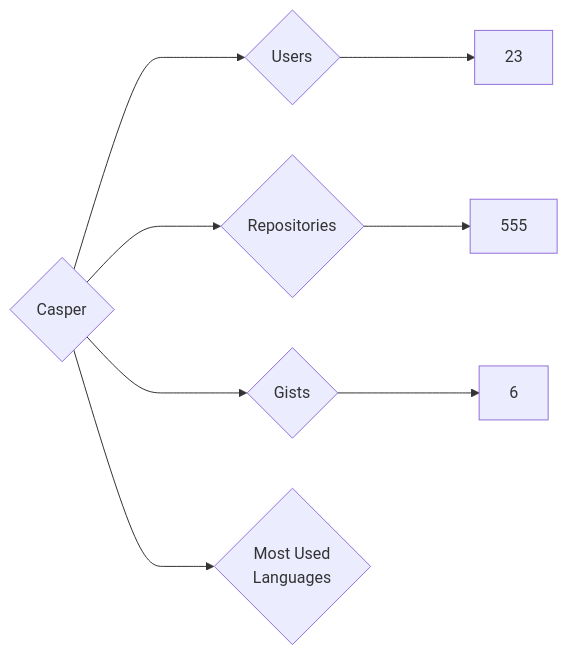
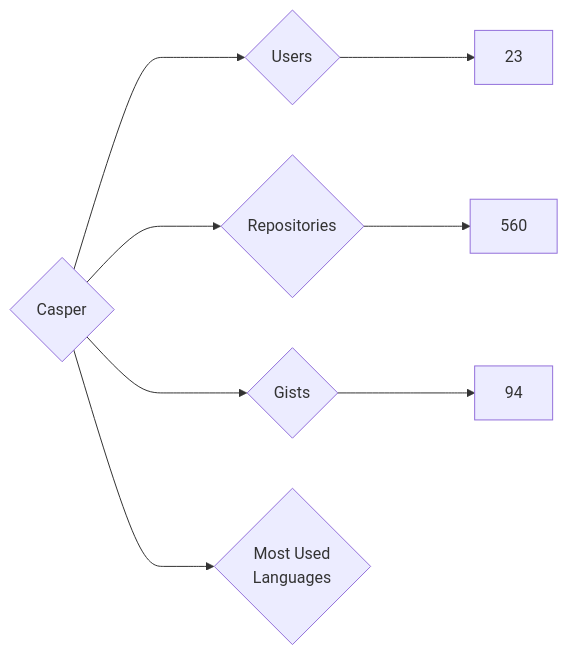
Before and after one commit to nenadzaric/insiders: the diagram in targets/Casper/README.md, drawn with Mermaid. The commit also changed 1342 other files, not shown here.

````diff
--- a/targets/Casper/README.md
+++ b/targets/Casper/README.md
@@ -3,8 +3,8 @@
 ```mermaid
 graph LR
 COMPANY_NAME{Casper}
 COMPANY_NAME ---> U{Users} ---> UN[23]
-COMPANY_NAME ---> R{Repositories} ---> RN[555]
-COMPANY_NAME ---> G{Gists} ---> GN[6]
+COMPANY_NAME ---> R{Repositories} ---> RN[560]
+COMPANY_NAME ---> G{Gists} ---> GN[94]
 COMPANY_NAME ---> ML{Most Used<br>Languages}
 ```
````
